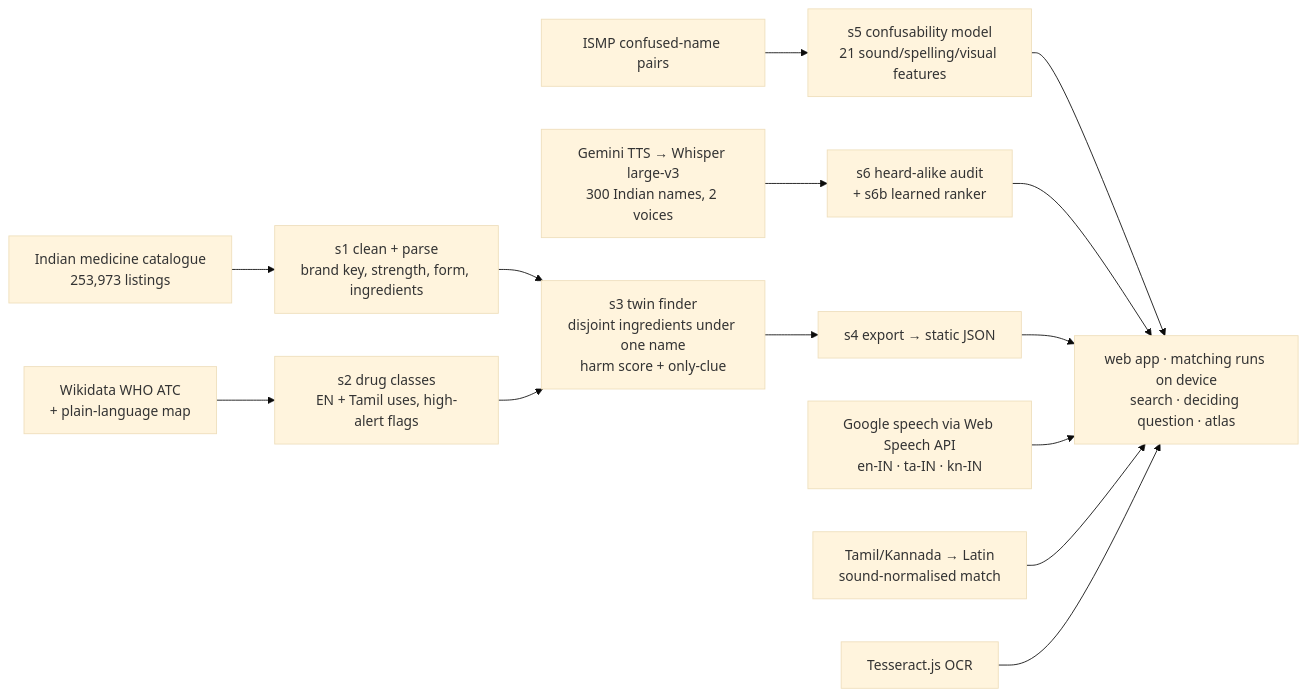
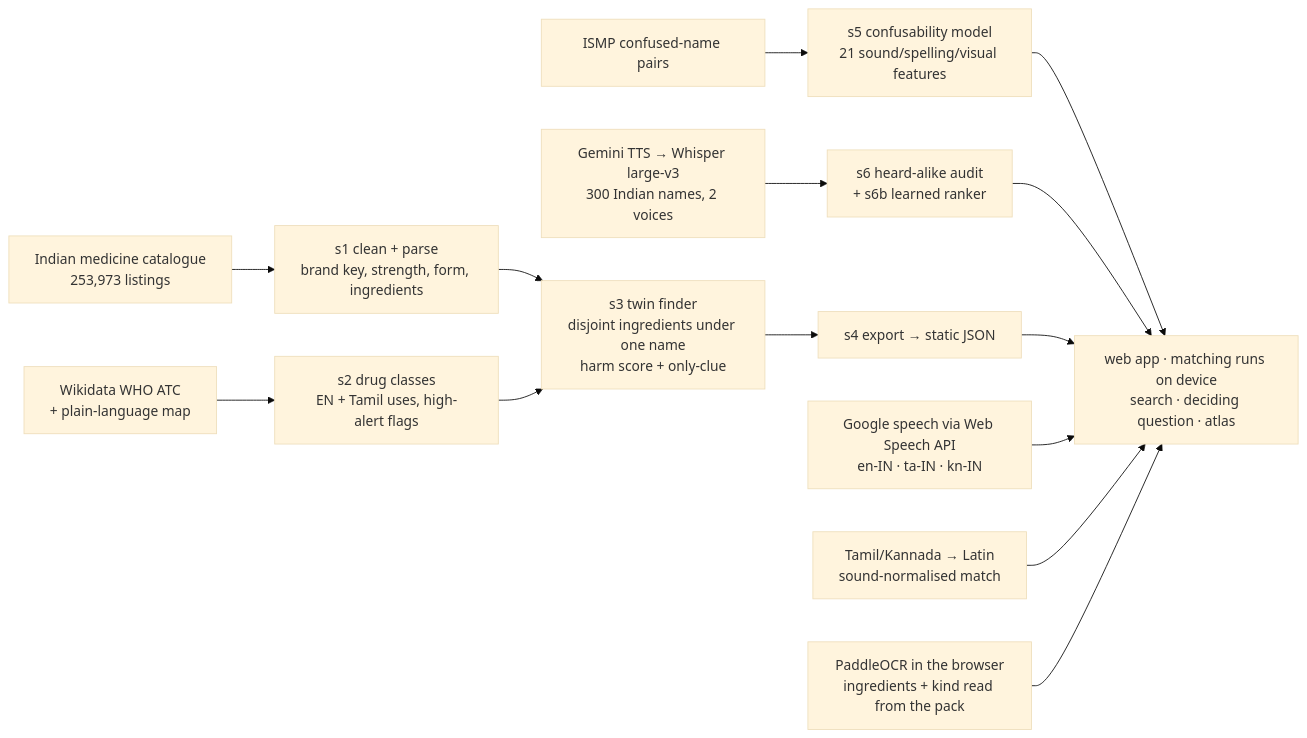
Before and after one commit to hannielvinu/TwinPill: the diagram in README.md, drawn with Mermaid (base theme). The commit also changed other lines of this file and 27 other files, not shown here.

Commit message:
Photo reader: PaddleOCR in the browser, reads brand, ingredients and medicine type, speaks the answer; fix answer taps

````diff
--- a/README.md
+++ b/README.md
@@ -72,16 +74,16 @@
 ```mermaid
 flowchart LR
   A[Indian medicine catalogue<br/>253,973 listings] --> B[s1 clean + parse<br/>brand key, strength, form, ingredients]
   W[Wikidata WHO ATC<br/>+ plain-language map] --> C[s2 drug classes<br/>EN + Tamil uses, high-alert flags]
   B --> D[s3 twin finder<br/>disjoint ingredients under one name<br/>harm score + only-clue]
   C --> D
   I[ISMP confused-name pairs] --> E[s5 confusability model<br/>21 sound/spelling/visual features]
   T[Gemini TTS → Whisper large-v3<br/>300 Indian names, 2 voices] --> F[s6 heard-alike audit<br/>+ s6b learned ranker]
   D --> G[s4 export → static JSON]
   E --> H
   F --> H[web app · matching runs on device<br/>search · deciding question · atlas]
   G --> H
   V[Google speech via Web Speech API<br/>en-IN · ta-IN · kn-IN] --> H
   X[Tamil/Kannada → Latin<br/>sound-normalised match] --> H
-  O[Tesseract.js OCR] --> H
+  O[PaddleOCR in the browser<br/>ingredients + kind read from the pack] --> H
 ```
````
